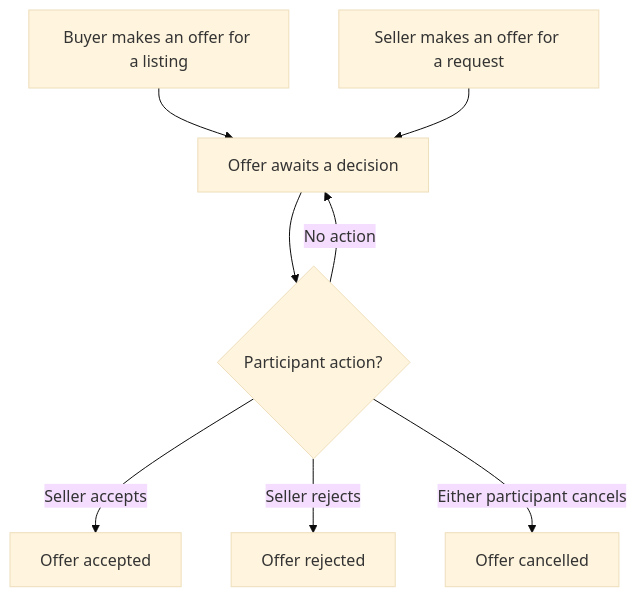
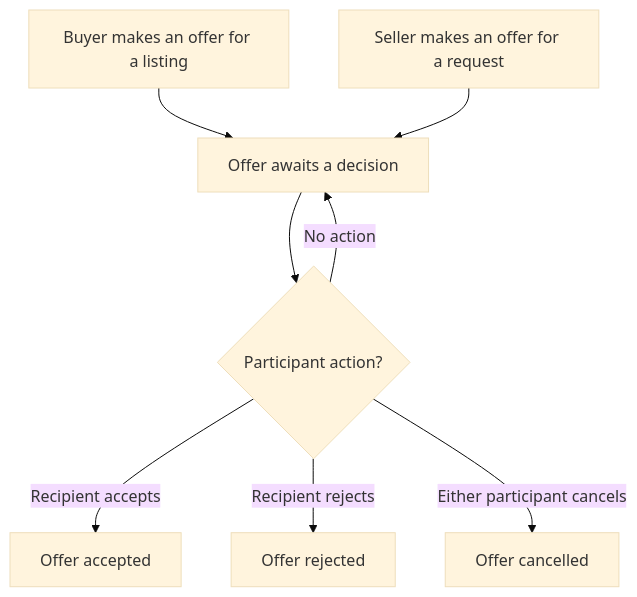
The sixth of 12 diagrams in docs/workflows.md (younessFathi/auto-parto), drawn with Mermaid (base theme) before and after one commit. The commit also changed other lines of this file and 11 other files, not shown here.

Commit message:
fix(ap-0051): enforce offer recipient decision authority

````diff
--- a/docs/workflows.md
+++ b/docs/workflows.md
@@ -133,10 +133,10 @@
 ```mermaid
 flowchart TD
     A["Buyer makes an offer for a listing"] --> C["Offer awaits a decision"]
     B["Seller makes an offer for a request"] --> C
     C --> D{"Participant action?"}
-    D -->|Seller accepts| E["Offer accepted"]
-    D -->|Seller rejects| F["Offer rejected"]
+    D -->|Recipient accepts| E["Offer accepted"]
+    D -->|Recipient rejects| F["Offer rejected"]
     D -->|Either participant cancels| G["Offer cancelled"]
     D -->|No action| C
 ```
````
